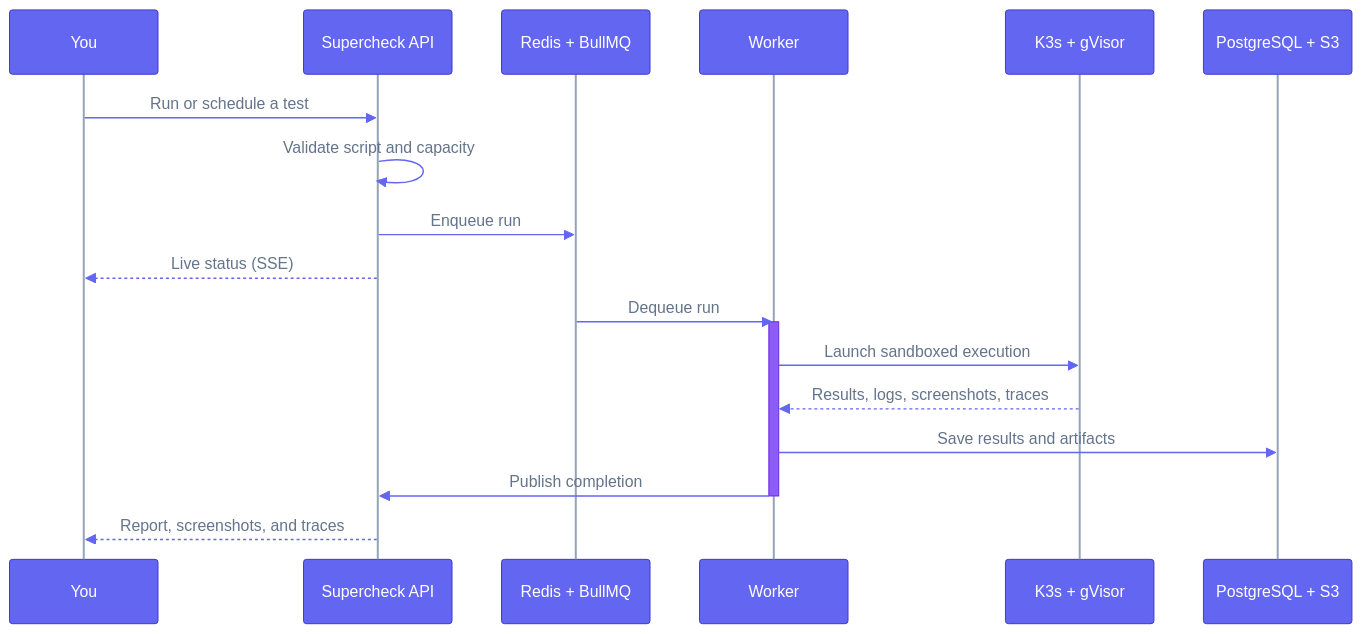
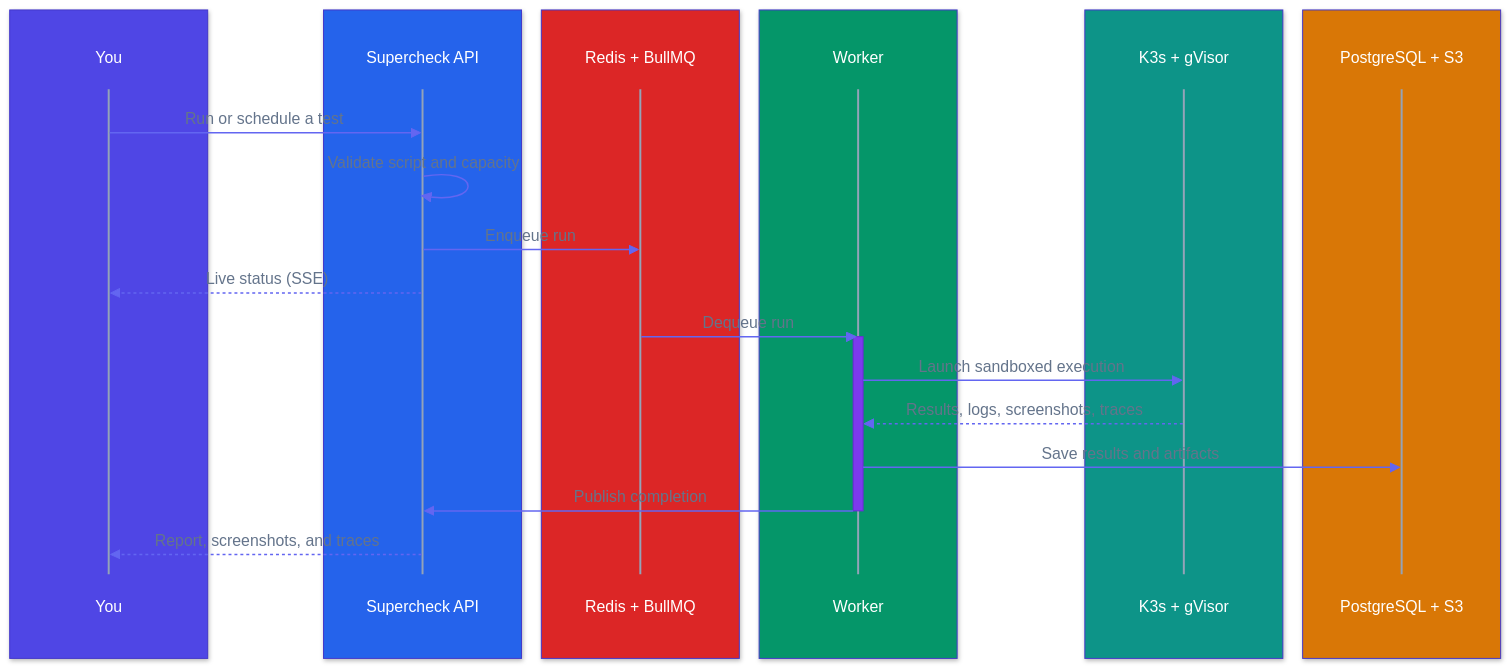
Before and after one commit to supercheck-io/supercheck: the diagram in docs/content/docs/app/automate/tests.mdx, drawn with Mermaid. The commit also changed 14 other files, not shown here.

First line of the commit message:
docs: reorganize architecture diagram and add color to sequence diagrams

````diff
--- a/docs/content/docs/app/automate/tests.mdx
+++ b/docs/content/docs/app/automate/tests.mdx
@@ -44,23 +44,35 @@
 ```mermaid
-%%{init: {"theme":"base","themeVariables":{"fontFamily":"ui-sans-serif, system-ui, -apple-system, Segoe UI, Roboto, sans-serif","primaryColor":"#6366f1","primaryTextColor":"#ffffff","primaryBorderColor":"#4338ca","lineColor":"#94a3b8","actorBkg":"#6366f1","actorBorder":"#4338ca","actorTextColor":"#ffffff","actorLineColor":"#94a3b8","signalColor":"#6366f1","signalTextColor":"#64748b","labelBoxBkgColor":"#f59e0b","labelBoxBorderColor":"#b45309","labelTextColor":"#ffffff","loopTextColor":"#64748b","activationBkgColor":"#8b5cf6","activationBorderColor":"#6d28d9","noteBkgColor":"#f59e0b","noteBorderColor":"#b45309","noteTextColor":"#ffffff","textColor":"#64748b","mainBkg":"#ffffff"}}}%%
+%%{init: {"theme":"base","themeVariables":{"fontFamily":"ui-sans-serif, system-ui, -apple-system, Segoe UI, Roboto, sans-serif","primaryColor":"#6366f1","primaryTextColor":"#ffffff","primaryBorderColor":"#4338ca","lineColor":"#94a3b8","actorBkg":"transparent","actorBorder":"transparent","actorTextColor":"#ffffff","actorLineColor":"#94a3b8","signalColor":"#6366f1","signalTextColor":"#64748b","labelBoxBkgColor":"#d97706","labelBoxBorderColor":"#b45309","labelTextColor":"#ffffff","loopTextColor":"#64748b","activationBkgColor":"#7c3aed","activationBorderColor":"#6d28d9","noteBkgColor":"#d97706","noteBorderColor":"#b45309","noteTextColor":"#ffffff","textColor":"#64748b","mainBkg":"#ffffff"}}}%%
 sequenceDiagram
-    participant You
-    participant API as Supercheck API
-    participant Queue as Redis + BullMQ
-    participant Worker
-    participant Sandbox as K3s + gVisor
-    participant Store as PostgreSQL + S3
+    box rgb(79,70,229)
+        participant You
+    end
+    box rgb(37,99,235)
+        participant API as Supercheck API
+    end
+    box rgb(220,38,38)
+        participant Queue as Redis + BullMQ
+    end
+    box rgb(5,150,105)
+        participant Worker
+    end
+    box rgb(13,148,136)
+        participant Sandbox as K3s + gVisor
+    end
+    box rgb(217,119,6)
+        participant Store as PostgreSQL + S3
+    end
 
     You->>API: Run or schedule a test
     API->>API: Validate script and capacity
     API->>Queue: Enqueue run
     API-->>You: Live status (SSE)
     Queue->>Worker: Dequeue run
     activate Worker
     Worker->>Sandbox: Launch sandboxed execution
     Sandbox-->>Worker: Results, logs, screenshots, traces
     Worker->>Store: Save results and artifacts
     Worker->>API: Publish completion
     deactivate Worker
     API-->>You: Report, screenshots, and traces
 ```
````
